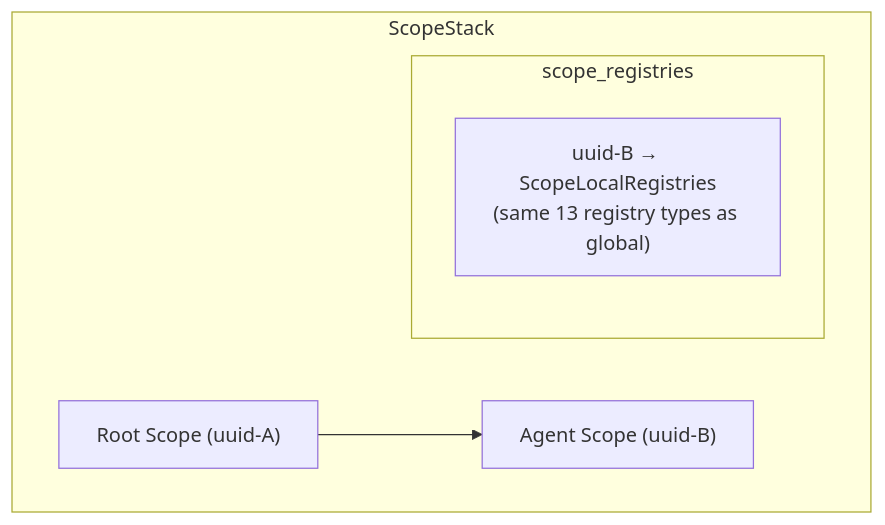
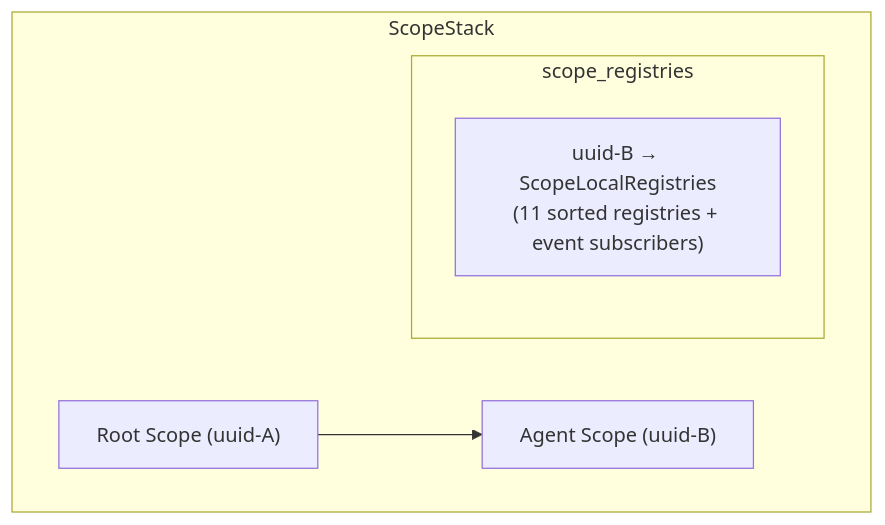
Before and after one commit to NVIDIA/NeMo-Relay: the third of 4 diagrams in docs/architecture.md, drawn with Mermaid. The commit also changed other lines of this file and 63 other files, not shown here.

````diff
--- a/docs/architecture.md
+++ b/docs/architecture.md
@@ -146,12 +161,12 @@
 ```mermaid
 graph TD
     subgraph "ScopeStack"
         ROOT["Root Scope (uuid-A)"]
         AGENT["Agent Scope (uuid-B)"]
         ROOT --> AGENT
 
         subgraph "scope_registries"
-            SL_B["uuid-B → ScopeLocalRegistries<br/>(same 13 registry types as global)"]
+            SL_B["uuid-B → ScopeLocalRegistries<br/>(11 sorted registries + event subscribers)"]
         end
     end
 ```
````
